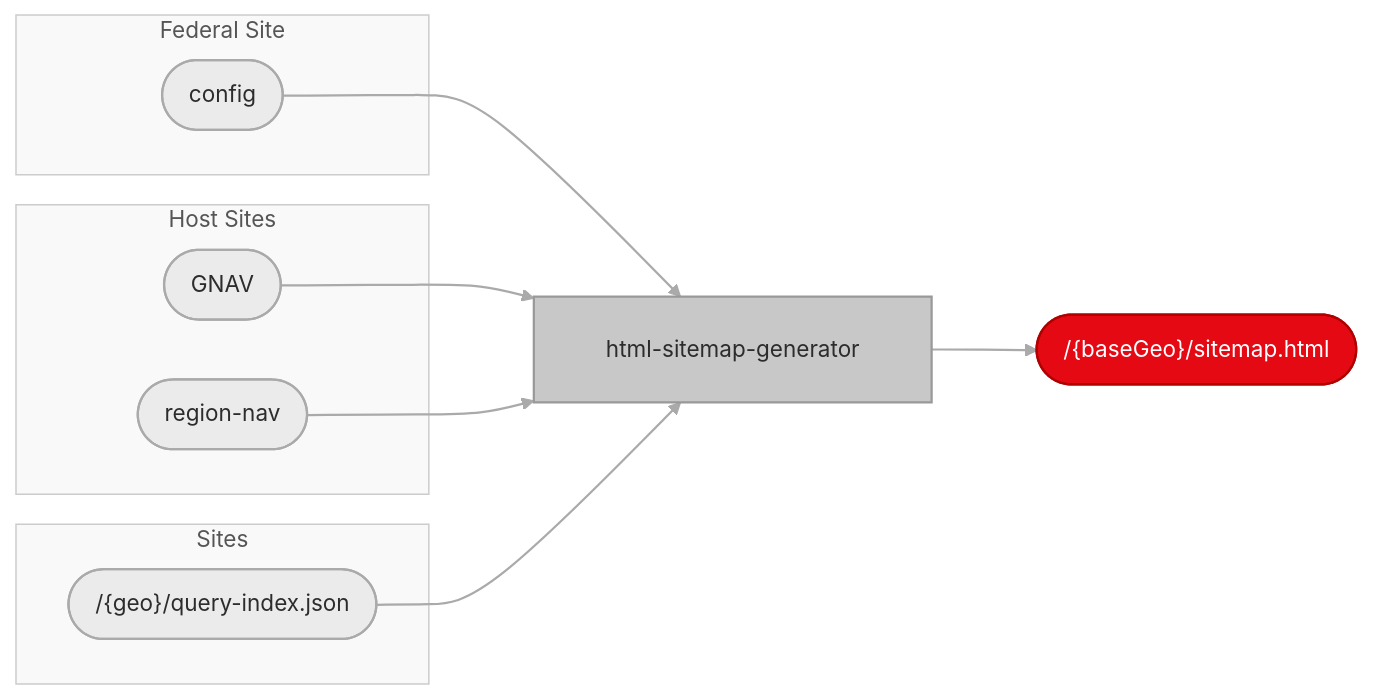
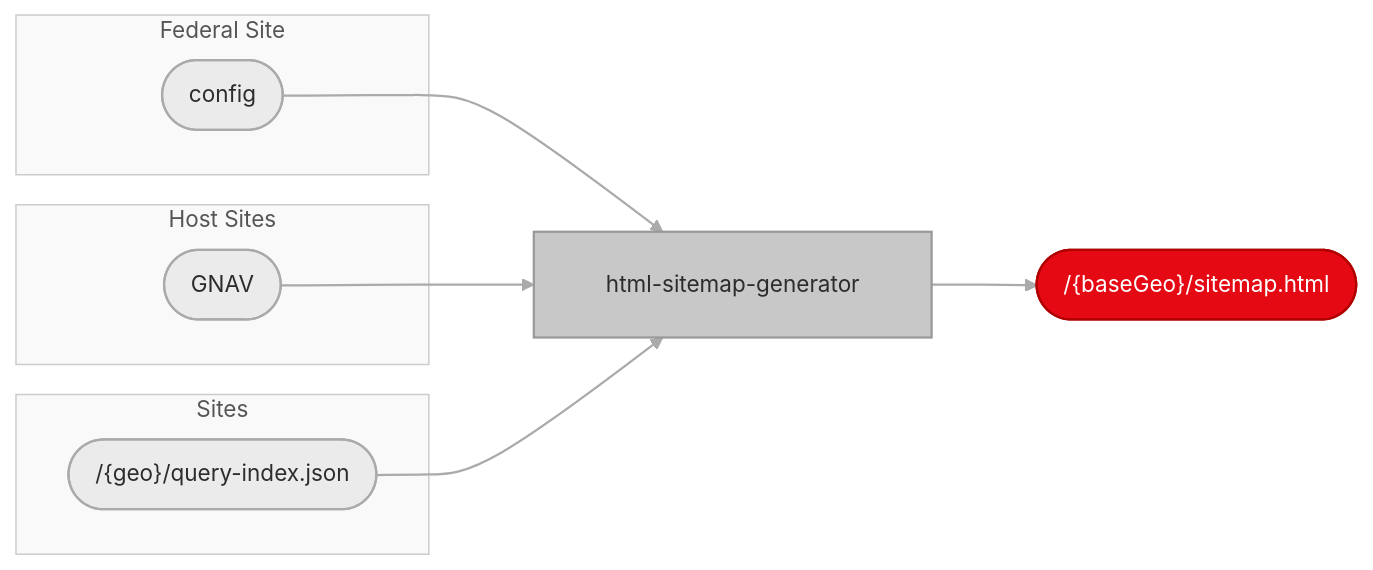
One commit to adobecom/milo changed the first of 2 diagrams in .github/workflows/html-sitemap/README.md. Above: the diagram before and after it, drawn with Mermaid. The commit also changed other lines of this file and 1 other file, not shown here.

````diff
--- a/.github/workflows/html-sitemap/README.md
+++ b/.github/workflows/html-sitemap/README.md
@@ -98,57 +61,54 @@
 ```mermaid
 %%{
   init: {
     "theme": "base",
     "flowchart": {
       "htmlLabels": false,
       "padding": 24,
       "nodeSpacing": 40,
       "rankSpacing": 70
     },
     "themeVariables": {
       "fontSize": "15px",
       "lineColor": "#555555",
       "primaryTextColor": "#2C2C2C",
       "clusterBkg": "#FAFAFA",
       "clusterBorder": "#CCCCCC",
       "titleColor": "#555555"
     }
   }
 }%%
 flowchart LR
 
   subgraph Federal["Federal Site"]
     Config(["config"])
   end
 
   subgraph HostSite["Host Sites"]
     GNAV(["GNAV"])
-    RegNav(["region-nav"])
   end
 
   subgraph SiteGeo["Sites"]
     Indices(["/{geo}/query-index.json"])
   end
 
   Generator["html-sitemap-generator"]
   Output(["/{baseGeo}/sitemap.html"])
 
   Config   --> Generator
   GNAV     --> Generator
-  RegNav   --> Generator
   Indices  --> Generator
   Generator --> Output
 
   linkStyle default stroke:#AAAAAA,stroke-width:1.5px
 
   style Config    fill:#EBEBEB,stroke:#AAAAAA,stroke-width:1.5px,color:#2C2C2C
   style GNAV      fill:#EBEBEB,stroke:#AAAAAA,stroke-width:1.5px,color:#2C2C2C
   style Indices   fill:#EBEBEB,stroke:#AAAAAA,stroke-width:1.5px,color:#2C2C2C
-  style RegNav    fill:#EBEBEB,stroke:#AAAAAA,stroke-width:1.5px,color:#2C2C2C
   style Generator fill:#C8C8C8,stroke:#999999,stroke-width:1.5px,color:#2C2C2C
   style Output    fill:#E50914,stroke:#B00000,stroke-width:1.5px,color:#FFFFFF
 
   style Federal  fill:#F9F9F9,stroke:#CCCCCC,stroke-width:1px
   style HostSite fill:#F9F9F9,stroke:#CCCCCC,stroke-width:1px
   style SiteGeo  fill:#F9F9F9,stroke:#CCCCCC,stroke-width:1px
 ```
````
